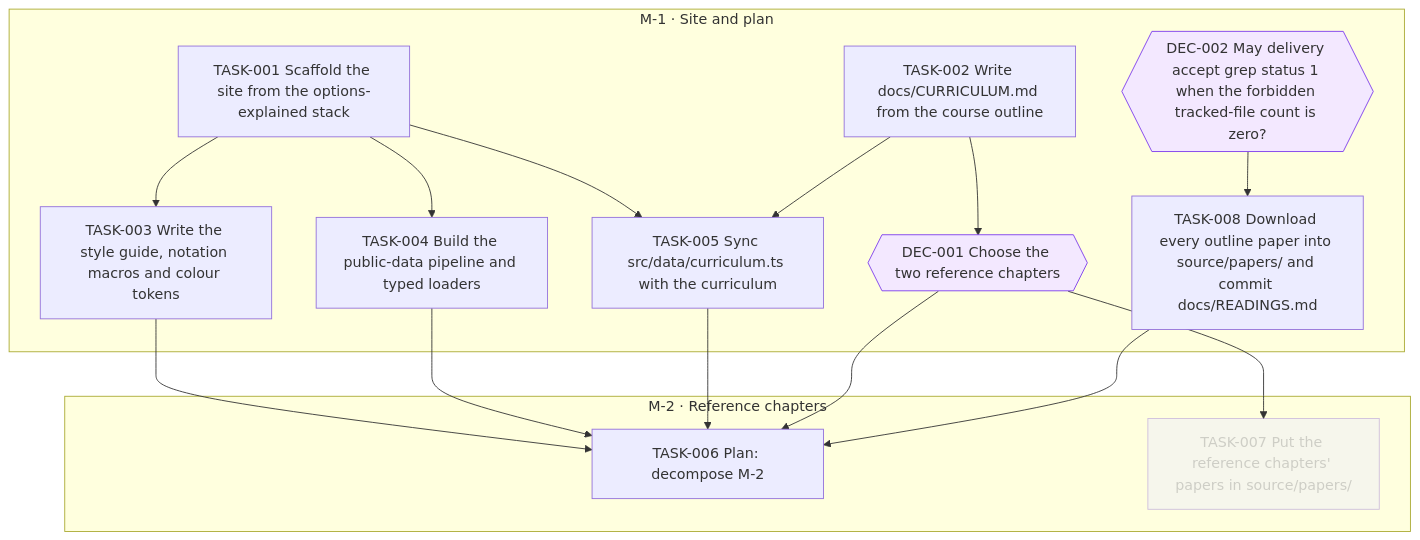
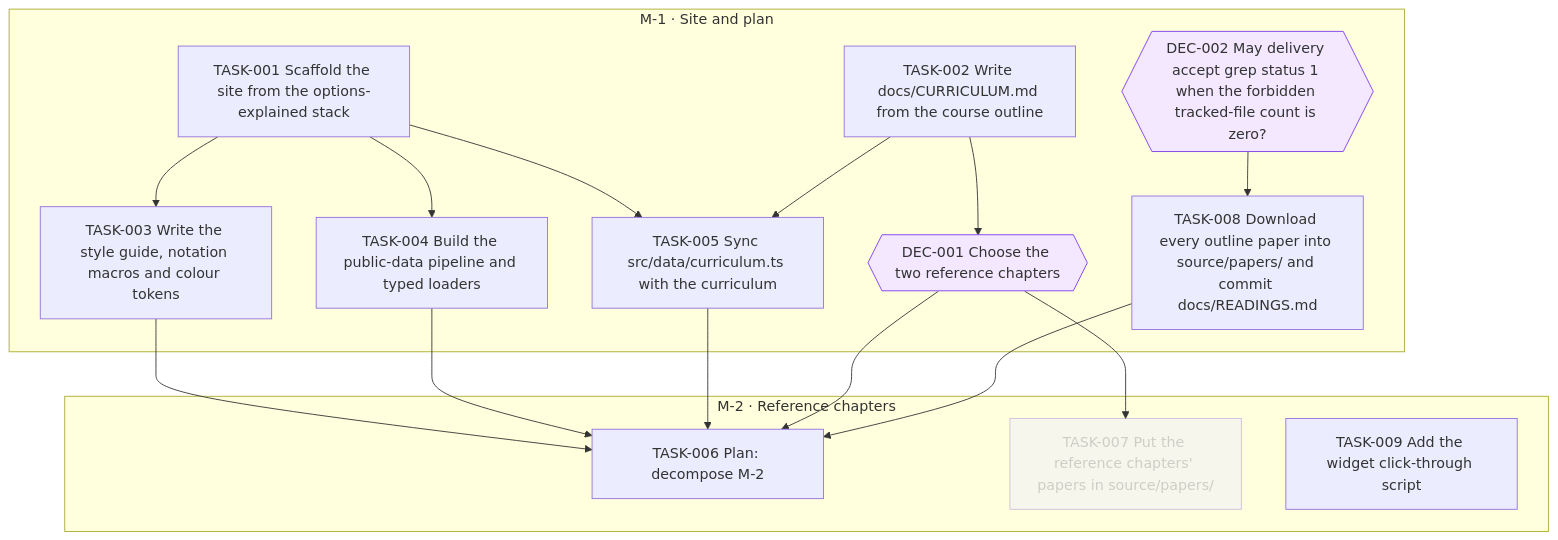
The diagram in goals/course-site/README.md (all-explained/empirical-finance-lbs), drawn with Mermaid before and after one commit. The commit also changed 1 other file, not shown here.

Commit message:
goal(course-site): add TASK-009 Add the widget click-through script

````diff
--- a/goals/course-site/README.md
+++ b/goals/course-site/README.md
@@ -39,35 +39,36 @@
 ```mermaid
 flowchart TD
   subgraph M_1["M-1 · Site and plan"]
     DEC_001{{"DEC-001 Choose the two reference chapters"}}
     DEC_002{{"DEC-002 May delivery accept grep status 1 when the forbidden tracked-file count is zero?"}}
     TASK_001["TASK-001 Scaffold the site from the options-explained stack"]
     TASK_002["TASK-002 Write docs/CURRICULUM.md from the course outline"]
     TASK_003["TASK-003 Write the style guide, notation macros and colour tokens"]
     TASK_004["TASK-004 Build the public-data pipeline and typed loaders"]
     TASK_005["TASK-005 Sync src/data/curriculum.ts with the curriculum"]
     TASK_008["TASK-008 Download every outline paper into source/papers/ and commit docs/READINGS.md"]
   end
   subgraph M_2["M-2 · Reference chapters"]
     TASK_006["TASK-006 Plan: decompose M-2"]
     TASK_007["TASK-007 Put the reference chapters' papers in source/papers/"]
+    TASK_009["TASK-009 Add the widget click-through script"]
   end
   TASK_002 --> DEC_001
   TASK_001 --> TASK_003
   TASK_001 --> TASK_004
   TASK_001 --> TASK_005
   TASK_002 --> TASK_005
   TASK_003 --> TASK_006
   TASK_004 --> TASK_006
   TASK_005 --> TASK_006
   DEC_001 --> TASK_006
   TASK_008 --> TASK_006
   DEC_001 --> TASK_007
   DEC_002 --> TASK_008
   classDef draft stroke-dasharray: 4 3
   classDef cancelled opacity:0.45
   classDef decision fill:#f3e8ff,stroke:#7c3aed
   class TASK_007 cancelled
   class DEC_001 decision
   class DEC_002 decision
 ```
````
